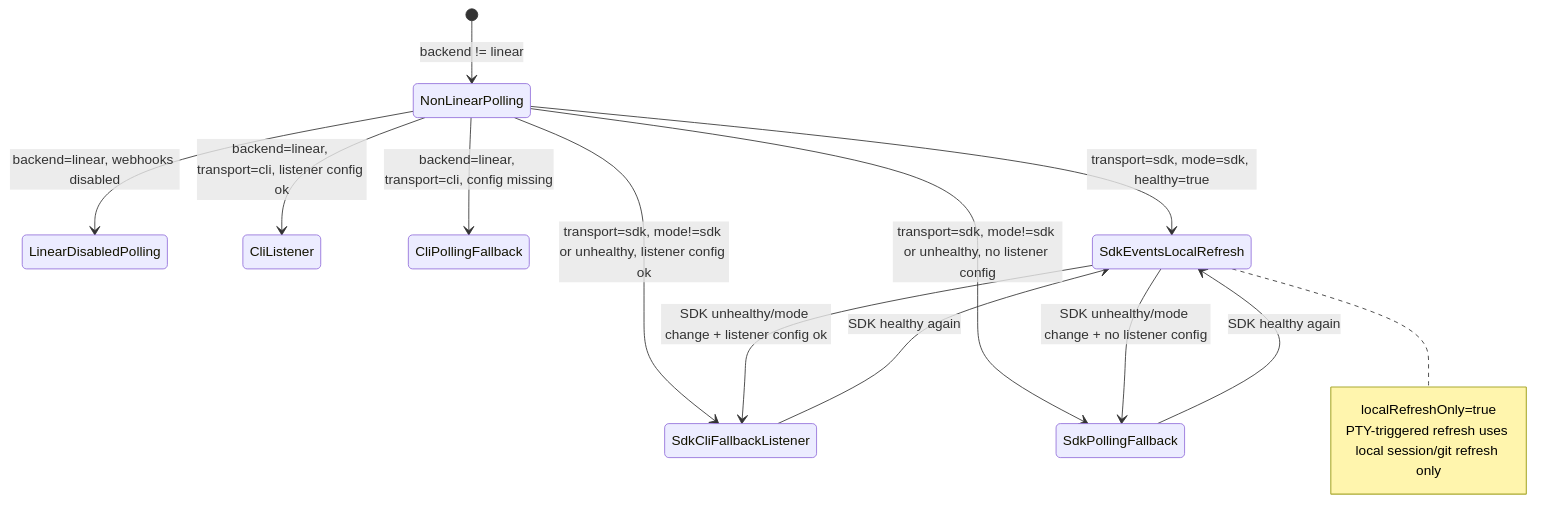
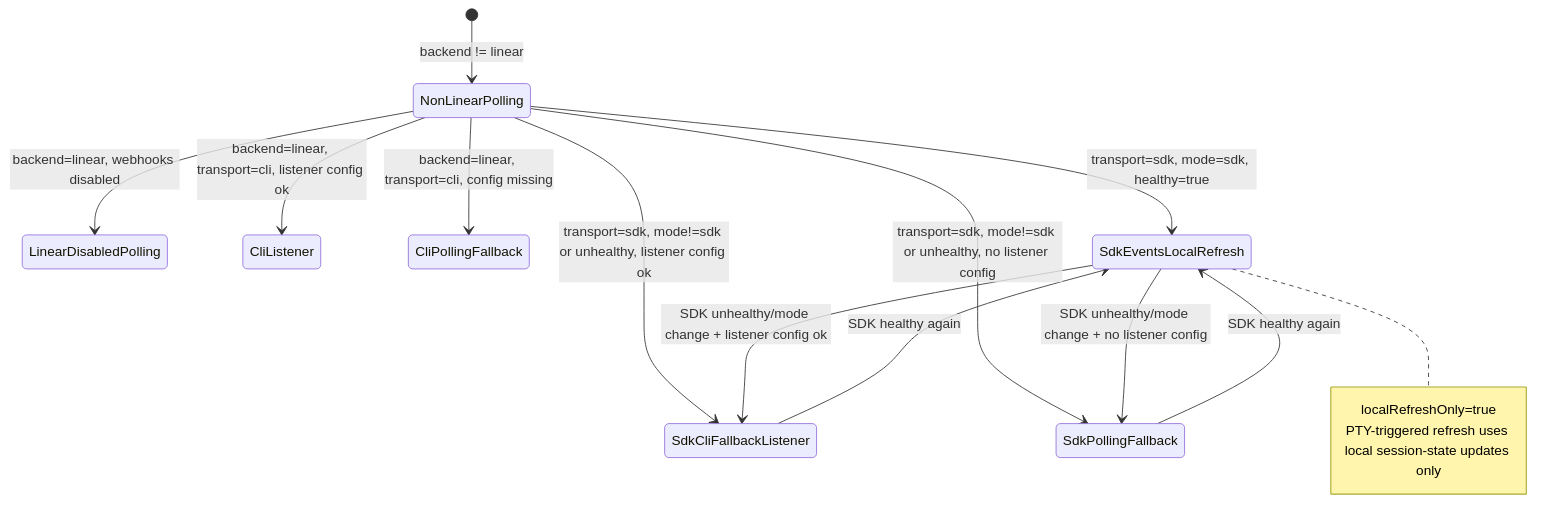
Before and after one commit to riordanpawley/azedarach: the fifth of 6 diagrams in ts-opentui/docs/external-sync-backend-internals.md, drawn with Mermaid. The commit also changed other lines of this file and 4 other files, not shown here.

````diff
--- a/ts-opentui/docs/external-sync-backend-internals.md
+++ b/ts-opentui/docs/external-sync-backend-internals.md
@@ -171,22 +171,22 @@
 ```mermaid
 stateDiagram-v2
   [*] --> NonLinearPolling: backend != linear
 
   NonLinearPolling --> LinearDisabledPolling: backend=linear, webhooks disabled
   NonLinearPolling --> CliListener: backend=linear, transport=cli, listener config ok
   NonLinearPolling --> CliPollingFallback: backend=linear, transport=cli, config missing
 
   NonLinearPolling --> SdkEventsLocalRefresh: transport=sdk, mode=sdk, healthy=true
   NonLinearPolling --> SdkCliFallbackListener: transport=sdk, mode!=sdk or unhealthy, listener config ok
   NonLinearPolling --> SdkPollingFallback: transport=sdk, mode!=sdk or unhealthy, no listener config
 
   SdkEventsLocalRefresh --> SdkCliFallbackListener: SDK unhealthy/mode change + listener config ok
   SdkEventsLocalRefresh --> SdkPollingFallback: SDK unhealthy/mode change + no listener config
   SdkCliFallbackListener --> SdkEventsLocalRefresh: SDK healthy again
   SdkPollingFallback --> SdkEventsLocalRefresh: SDK healthy again
 
   note right of SdkEventsLocalRefresh
     localRefreshOnly=true
-    PTY-triggered refresh uses local session/git refresh only
+    PTY-triggered refresh uses local session-state updates only
   end note
 ```
````
